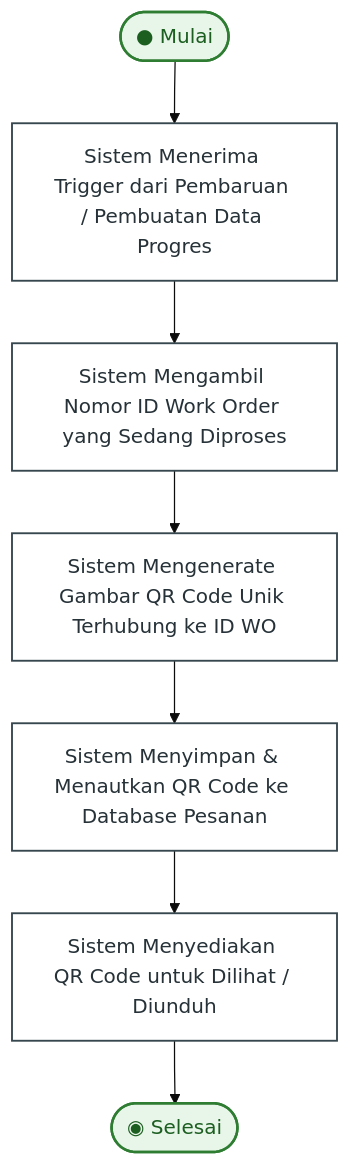
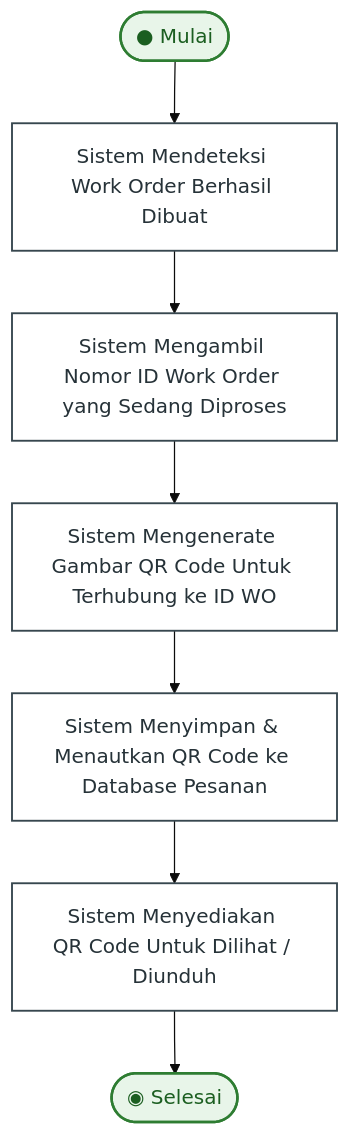
The diagram in diagrams/activity/06_generate_qr.md (SatriaBaktiWijaya/SemuaDiagram), drawn with Mermaid (base theme) before and after one commit. The commit also changed other lines of this file and 11 other files, not shown here.

````diff
--- a/diagrams/activity/06_generate_qr.md
+++ b/diagrams/activity/06_generate_qr.md
@@ -3,15 +3,15 @@
 ```mermaid
 flowchart TD
-    Start([● Mulai]) --> S1[Sistem Menerima Trigger dari Pembaruan / Pembuatan Data Progres]
+    Start([● Mulai]) --> S1[Sistem Mendeteksi Work Order Berhasil Dibuat]
     S1 --> S2[Sistem Mengambil Nomor ID Work Order yang Sedang Diproses]
-    S2 --> S3[Sistem Mengenerate Gambar QR Code Unik Terhubung ke ID WO]
+    S2 --> S3[Sistem Mengenerate Gambar QR Code Untuk Terhubung ke ID WO]
     S3 --> S4[Sistem Menyimpan & Menautkan QR Code ke Database Pesanan]
-    S4 --> S5[Sistem Menyediakan QR Code untuk Dilihat / Diunduh]
+    S4 --> S5[Sistem Menyediakan QR Code Untuk Dilihat / Diunduh]
     S5 --> EndNode([◉ Selesai])
 
     classDef startEnd fill:#E8F5E9,stroke:#2E7D32,stroke-width:2px,color:#1B5E20;
     classDef action fill:#FFFFFF,stroke:#37474F,stroke-width:1.5px,color:#263238;
     
     class Start,EndNode startEnd;
     class S1,S2,S3,S4,S5 action;
 ```
````
